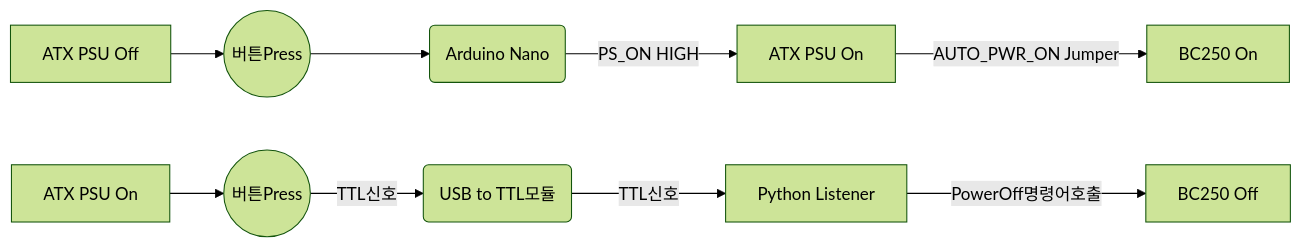
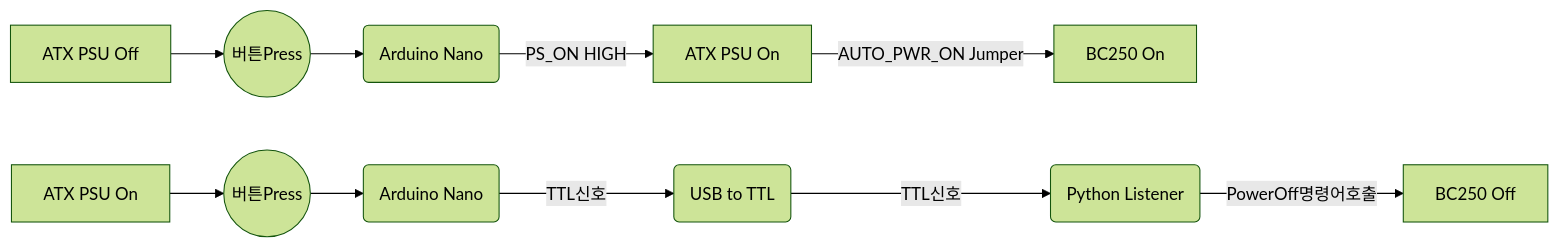
One commit to coolsolgit/BC250-ATX-PSU-Control changed the first of 2 diagrams in README.md. Above: the diagram before and after it, drawn with Mermaid (forest theme).

````diff
--- a/README.md
+++ b/README.md
@@ -23,12 +23,13 @@
 ```mermaid
 flowchart LR
 A1[ATX PSU Off] --> B1((버튼Press))
   B1 --> C1(Arduino Nano)
   C1 -->|PS_ON HIGH| D1[ATX PSU On]
   D1 -->|AUTO_PWR_ON Jumper| E1[BC250 On]
 A2[ATX PSU On] --> B2((버튼Press))
-  B2 -->|TTL신호| C2(USB to TTL모듈)
-  C2 -->|TTL신호| D2[Python Listener]
-  D2 -->|PowerOff명령어호출| E22[BC250 Off]
+  B2 --> C2(Arduino Nano)
+  C2 -->|TTL신호| D2(USB to TTL)
+  D2 -->|TTL신호| E2(Python Listener)
+  E2 -->|PowerOff명령어호출| F2[BC250 Off]
 
 ```
````
